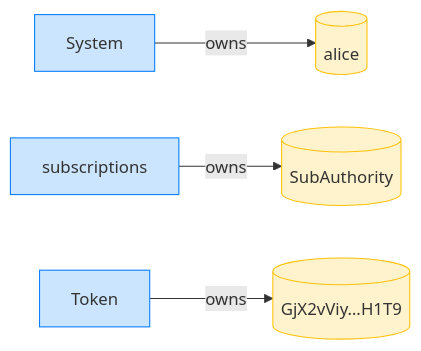
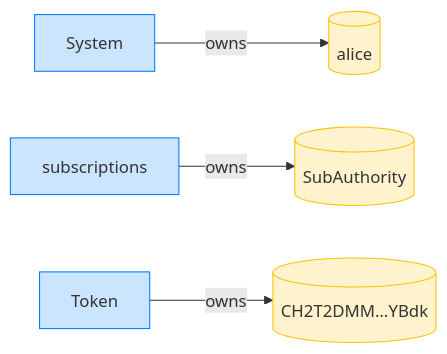
One commit to cds-rs/subscriptions changed the fourth of 8 diagrams in dsl_tests/signer-accounts-must-sign--transferrecurring-.md. Above: the diagram before and after it, drawn with Mermaid. The commit also changed other lines of this file and 224 other files, not shown here.

````diff
--- a/dsl_tests/signer-accounts-must-sign--transferrecurring-.md
+++ b/dsl_tests/signer-accounts-must-sign--transferrecurring-.md
@@ -73,14 +78,14 @@
 ```mermaid
 flowchart LR
     classDef owner fill:#cce5ff,stroke:#007bff;
     classDef account fill:#fff3cd,stroke:#ffc107;
     System[System]:::owner
     alice[(alice)]:::account
     subscriptions[subscriptions]:::owner
     SubAuthority[(SubAuthority)]:::account
     Token[Token]:::owner
-    GjX2vViy_H1T9[("GjX2vViy…H1T9")]:::account
+    CH2T2DMM_YBdk[("CH2T2DMM…YBdk")]:::account
     System -->|owns| alice
     subscriptions -->|owns| SubAuthority
-    Token -->|owns| GjX2vViy_H1T9
+    Token -->|owns| CH2T2DMM_YBdk
 ```
````
